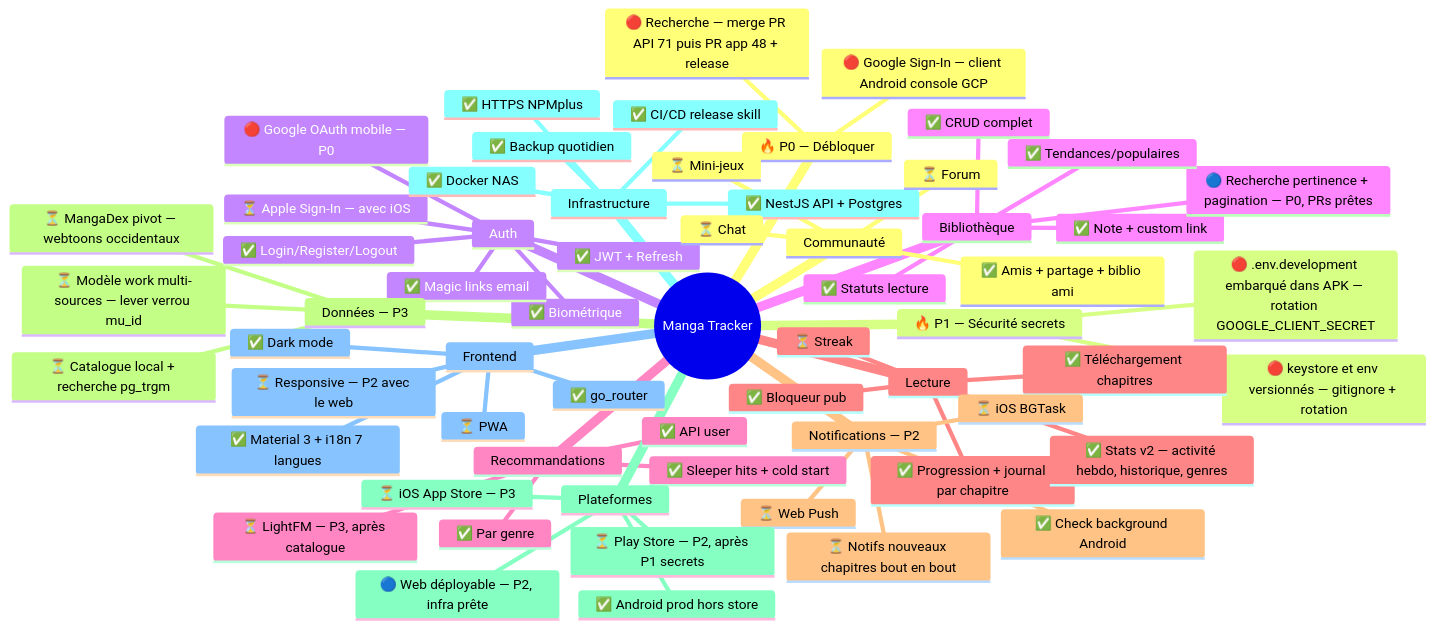
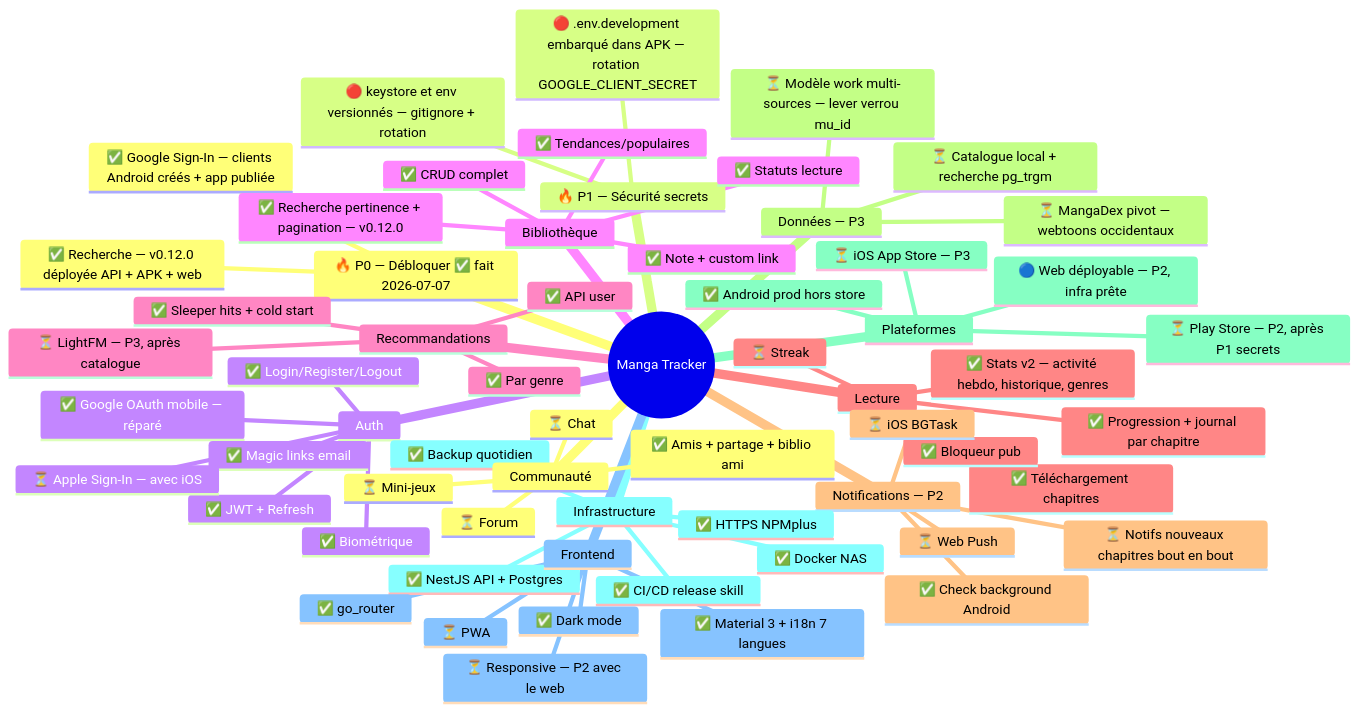
One commit to BladeBuru/manga_tracker changed the diagram in .claude/memory-bank/roadmap.md. Above: the diagram before and after it, drawn with Mermaid. The commit also changed other lines of this file, not shown here.

Commit message:
docs(roadmap): P0 termines - recherche v0.12.0 deployee + Google Sign-In repare (console GCP)

````diff
--- a/.claude/memory-bank/roadmap.md
+++ b/.claude/memory-bank/roadmap.md
@@ -330,65 +330,65 @@
 ```mermaid
 mindmap
   root((Manga Tracker))
-    🔥 P0 — Débloquer
-      🔴 Google Sign-In — client Android console GCP
-      🔴 Recherche — merge PR API 71 puis PR app 48 + release
+    🔥 P0 — Débloquer ✅ fait 2026-07-07
+      ✅ Google Sign-In — clients Android créés + app publiée
+      ✅ Recherche — v0.12.0 déployée API + APK + web
     🔥 P1 — Sécurité secrets
       🔴 .env.development embarqué dans APK — rotation GOOGLE_CLIENT_SECRET
       🔴 keystore et env versionnés — gitignore + rotation
     Auth
       ✅ Login/Register/Logout
       ✅ JWT + Refresh
       ✅ Biométrique
-      🔴 Google OAuth mobile — P0
+      ✅ Google OAuth mobile — réparé
       ✅ Magic links email
       ⏳ Apple Sign-In — avec iOS
     Bibliothèque
       ✅ CRUD complet
       ✅ Statuts lecture
       ✅ Note + custom link
-      🔵 Recherche pertinence + pagination — P0, PRs prêtes
+      ✅ Recherche pertinence + pagination — v0.12.0
       ✅ Tendances/populaires
     Recommandations
       ✅ API user
       ✅ Par genre
       ✅ Sleeper hits + cold start
       ⏳ LightFM — P3, après catalogue
     Lecture
       ✅ Progression + journal par chapitre
       ✅ Téléchargement chapitres
       ✅ Bloqueur pub
       ✅ Stats v2 — activité hebdo, historique, genres
       ⏳ Streak
     Notifications — P2
       ✅ Check background Android
       ⏳ Notifs nouveaux chapitres bout en bout
       ⏳ iOS BGTask
       ⏳ Web Push
     Données — P3
       ⏳ Catalogue local + recherche pg_trgm
       ⏳ Modèle work multi-sources — lever verrou mu_id
       ⏳ MangaDex pivot — webtoons occidentaux
     Plateformes
       ✅ Android prod hors store
       ⏳ Play Store — P2, après P1 secrets
       🔵 Web déployable — P2, infra prête
       ⏳ iOS App Store — P3
     Infrastructure
       ✅ NestJS API + Postgres
       ✅ Docker NAS
       ✅ Backup quotidien
       ✅ HTTPS NPMplus
       ✅ CI/CD release skill
     Frontend
       ✅ Material 3 + i18n 7 langues
       ✅ go_router
       ✅ Dark mode
       ⏳ Responsive — P2 avec le web
       ⏳ PWA
     Communauté
       ✅ Amis + partage + biblio ami
       ⏳ Forum
       ⏳ Chat
       ⏳ Mini-jeux
 ```
````
